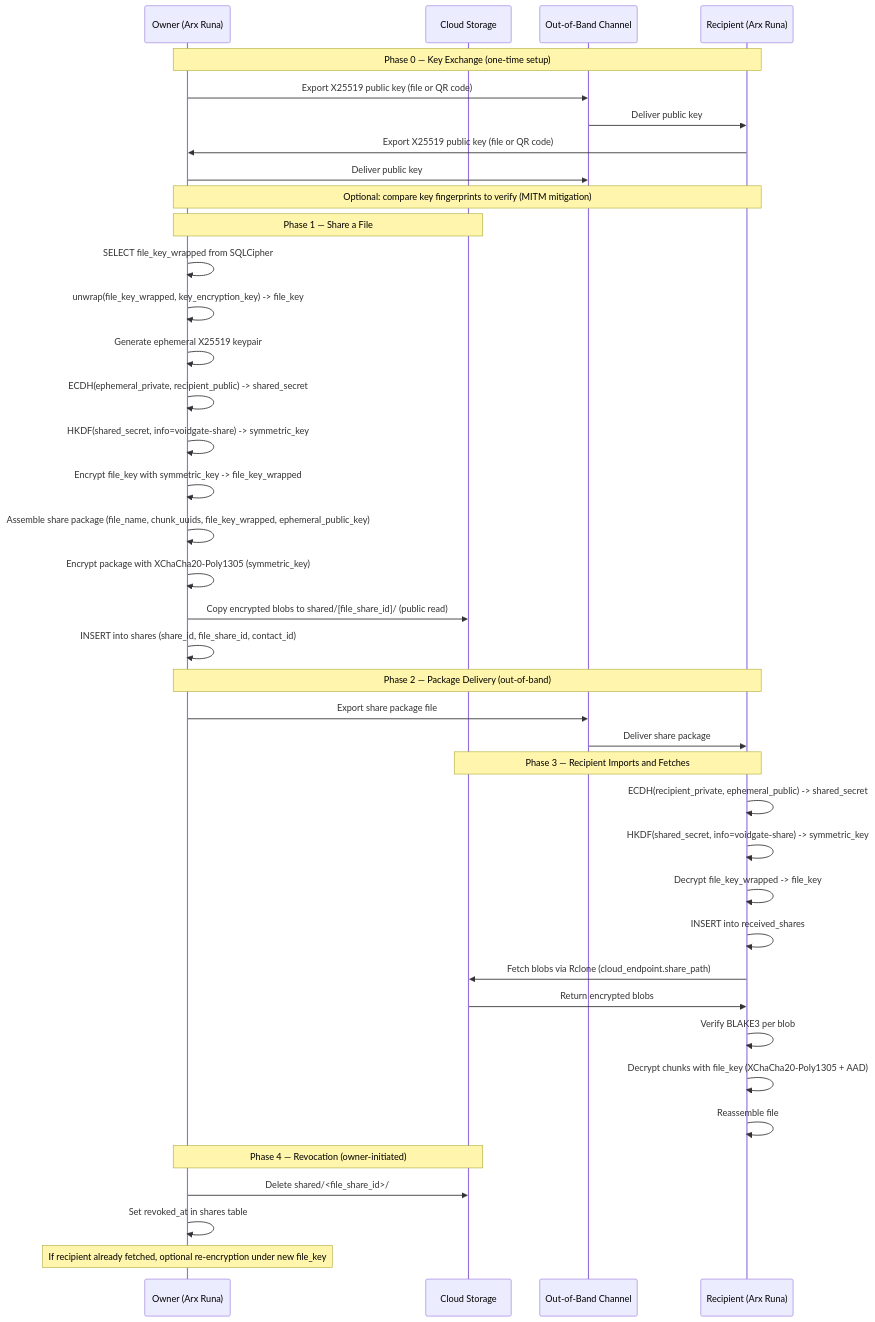
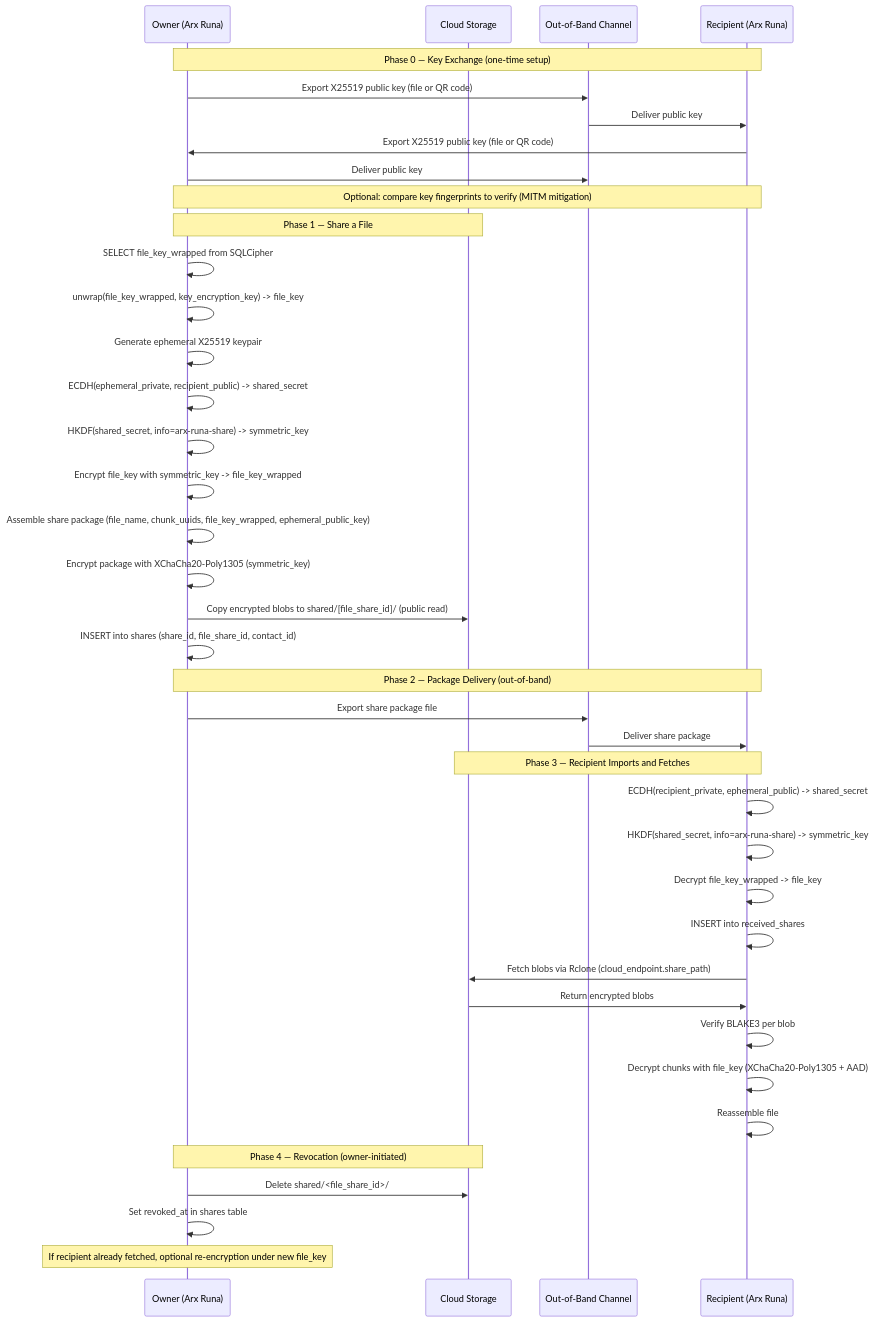
The diagram in docs/architecture/designs/file-sharing/diagrams/file-sharing-flow.md (salgaard/arx-runa), drawn with Mermaid before and after one commit. The commit also changed 23 other files, not shown here.

````diff
--- a/docs/architecture/designs/file-sharing/diagrams/file-sharing-flow.md
+++ b/docs/architecture/designs/file-sharing/diagrams/file-sharing-flow.md
@@ -6,46 +6,46 @@
 ```mermaid
 sequenceDiagram
     participant Owner as Owner (Arx Runa)
     participant Cloud as Cloud Storage
     participant Channel as Out-of-Band Channel
     participant Recipient as Recipient (Arx Runa)
 
     note over Owner,Recipient: Phase 0 — Key Exchange (one-time setup)
     Owner->>Channel: Export X25519 public key (file or QR code)
     Channel->>Recipient: Deliver public key
     Recipient->>Owner: Export X25519 public key (file or QR code)
     Owner->>Channel: Deliver public key
     note over Owner,Recipient: Optional: compare key fingerprints to verify (MITM mitigation)
 
     note over Owner,Cloud: Phase 1 — Share a File
     Owner->>Owner: SELECT file_key_wrapped from SQLCipher
     Owner->>Owner: unwrap(file_key_wrapped, key_encryption_key) #45;#62; file_key
     Owner->>Owner: Generate ephemeral X25519 keypair
     Owner->>Owner: ECDH(ephemeral_private, recipient_public) #45;#62; shared_secret
-    Owner->>Owner: HKDF(shared_secret, info=voidgate-share) #45;#62; symmetric_key
+    Owner->>Owner: HKDF(shared_secret, info=arx-runa-share) #45;#62; symmetric_key
     Owner->>Owner: Encrypt file_key with symmetric_key #45;#62; file_key_wrapped
     Owner->>Owner: Assemble share package (file_name, chunk_uuids, file_key_wrapped, ephemeral_public_key)
     Owner->>Owner: Encrypt package with XChaCha20-Poly1305 (symmetric_key)
     Owner->>Cloud: Copy encrypted blobs to shared/[file_share_id]/ (public read)
     Owner->>Owner: INSERT into shares (share_id, file_share_id, contact_id)
 
     note over Owner,Recipient: Phase 2 — Package Delivery (out-of-band)
     Owner->>Channel: Export share package file
     Channel->>Recipient: Deliver share package
 
     note over Recipient,Cloud: Phase 3 — Recipient Imports and Fetches
     Recipient->>Recipient: ECDH(recipient_private, ephemeral_public) #45;#62; shared_secret
-    Recipient->>Recipient: HKDF(shared_secret, info=voidgate-share) #45;#62; symmetric_key
+    Recipient->>Recipient: HKDF(shared_secret, info=arx-runa-share) #45;#62; symmetric_key
     Recipient->>Recipient: Decrypt file_key_wrapped #45;#62; file_key
     Recipient->>Recipient: INSERT into received_shares
     Recipient->>Cloud: Fetch blobs via Rclone (cloud_endpoint.share_path)
     Cloud->>Recipient: Return encrypted blobs
     Recipient->>Recipient: Verify BLAKE3 per blob
     Recipient->>Recipient: Decrypt chunks with file_key (XChaCha20-Poly1305 + AAD)
     Recipient->>Recipient: Reassemble file
 
     note over Owner,Cloud: Phase 4 — Revocation (owner-initiated)
     Owner->>Cloud: Delete shared/<file_share_id>/
     Owner->>Owner: Set revoked_at in shares table
     note over Owner: If recipient already fetched, optional re-encryption under new file_key
 ```
````
